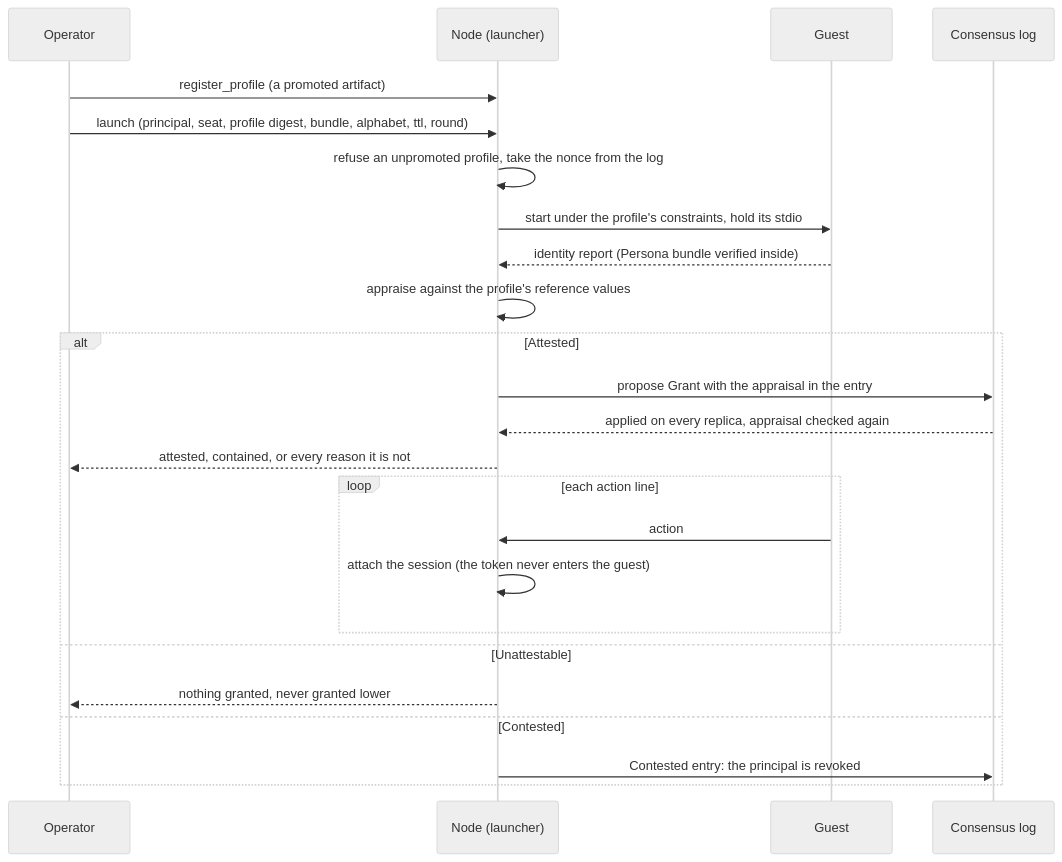
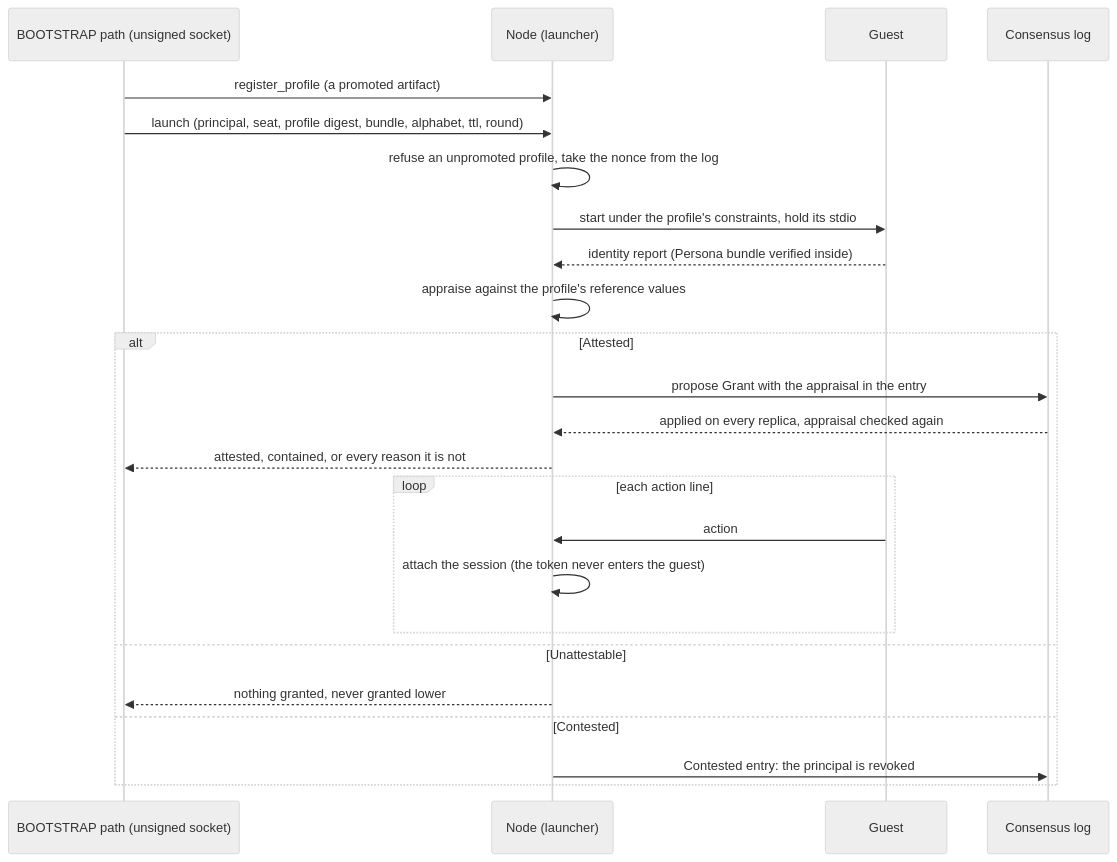
Before and after one commit to scottcochran/TOPAK: the fifth of 12 diagrams in narrative/architecture-description.md, drawn with Mermaid (neutral theme). The commit also changed other lines of this file and 7 other files, not shown here.

Commit message:
Narrative against G10: ToO revision 14, glossary, architecture description rev 2, reviewer's guide; G10 index row

````diff
--- a/narrative/architecture-description.md
+++ b/narrative/architecture-description.md
@@ -427,26 +465,26 @@
 ```mermaid
 sequenceDiagram
-  participant O as Operator
+  participant O as BOOTSTRAP path (unsigned socket)
   participant N as Node (launcher)
   participant G as Guest
   participant L as Consensus log
   O->>N: register_profile (a promoted artifact)
   O->>N: launch (principal, seat, profile digest, bundle, alphabet, ttl, round)
   N->>N: refuse an unpromoted profile, take the nonce from the log
   N->>G: start under the profile's constraints, hold its stdio
   G-->>N: identity report (Persona bundle verified inside)
   N->>N: appraise against the profile's reference values
   alt Attested
     N->>L: propose Grant with the appraisal in the entry
     L-->>N: applied on every replica, appraisal checked again
     N-->>O: attested, contained, or every reason it is not
     loop each action line
       G->>N: action
       N->>N: attach the session (the token never enters the guest)
     end
   else Unattestable
     N-->>O: nothing granted, never granted lower
   else Contested
     N->>L: Contested entry: the principal is revoked
   end
 ```
````
